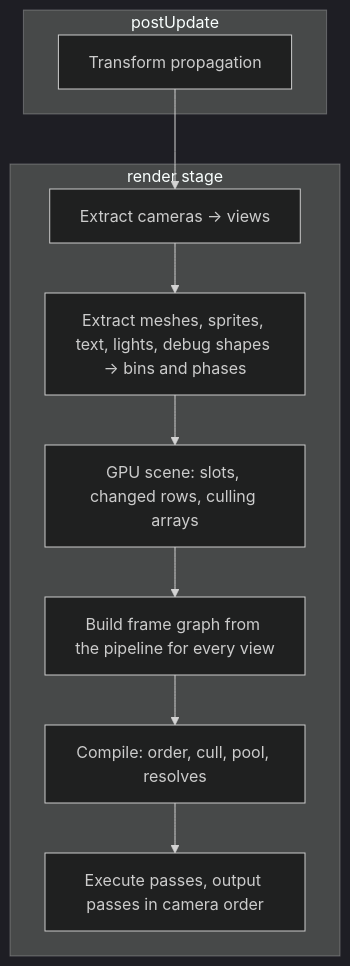
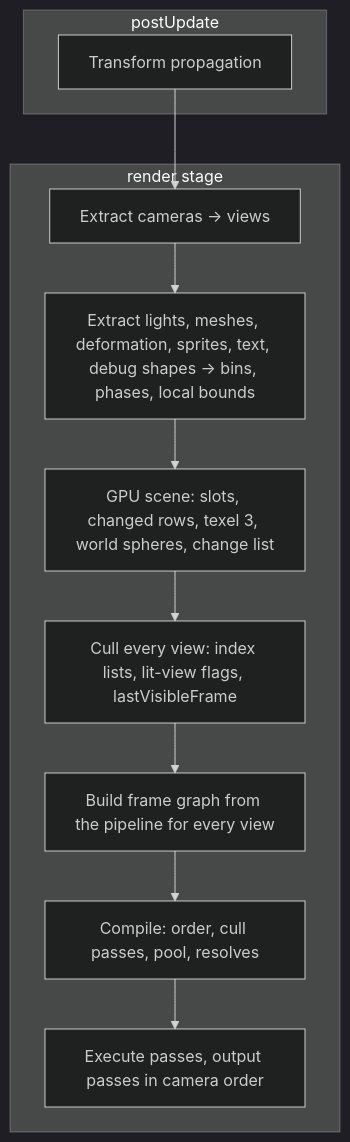
Before and after one commit to Forge-Game-Engine/Forge: the diagram in design/3d/06-render-pipeline.md, drawn with Mermaid (dark theme). The commit also changed other lines of this file and 5 other files, not shown here.

````diff
--- a/design/3d/06-render-pipeline.md
+++ b/design/3d/06-render-pipeline.md
@@ -213,15 +216,16 @@
 ```mermaid
 flowchart TB
   subgraph postUpdate
     T[Transform propagation]
   end
   subgraph render stage
     E1[Extract cameras -> views]
-    E2[Extract meshes, sprites, text, lights, debug shapes -> bins and phases]
-    G[GPU scene: slots, changed rows, culling arrays]
+    E2[Extract lights, meshes, deformation, sprites, text, debug shapes -> bins, phases, local bounds]
+    G[GPU scene: slots, changed rows, texel 3, world spheres, change list]
+    V[Cull every view: index lists, lit-view flags, lastVisibleFrame]
     B[Build frame graph from the pipeline for every view]
-    C[Compile: order, cull, pool, resolves]
+    C[Compile: order, cull passes, pool, resolves]
     X[Execute passes, output passes in camera order]
   end
-  T --> E1 --> E2 --> G --> B --> C --> X
+  T --> E1 --> E2 --> G --> V --> B --> C --> X
 ```
````
